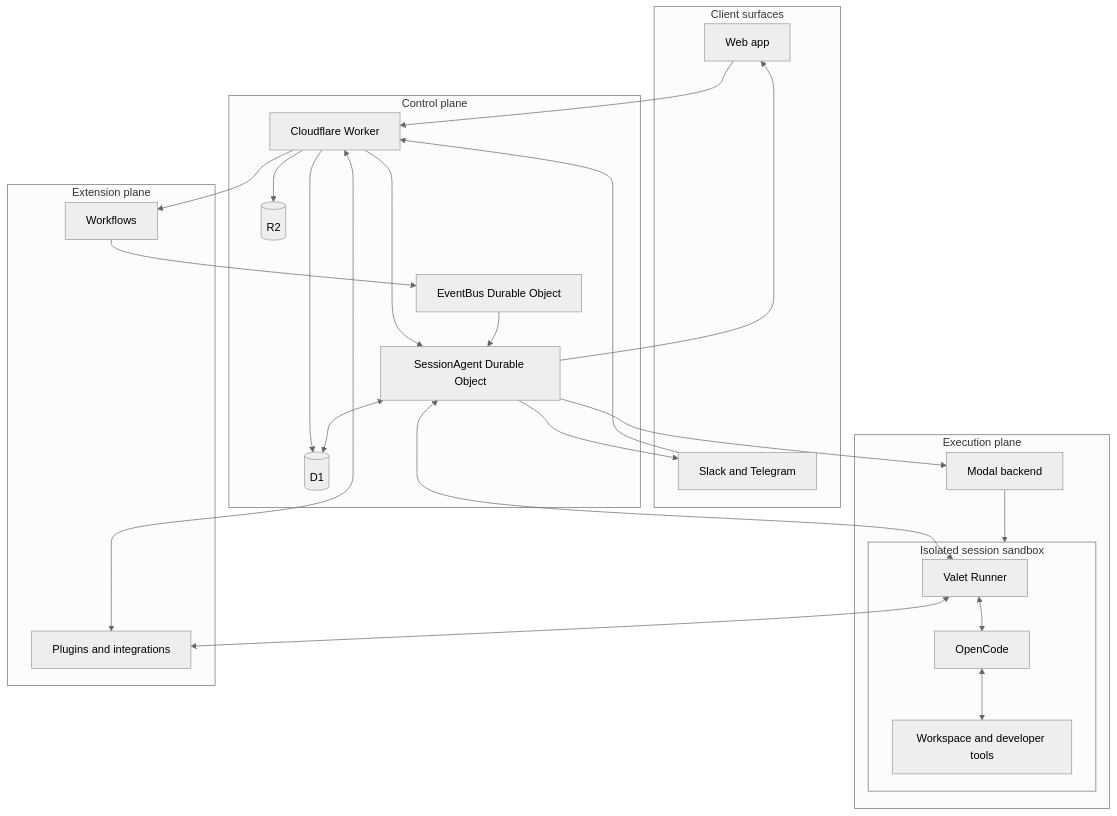
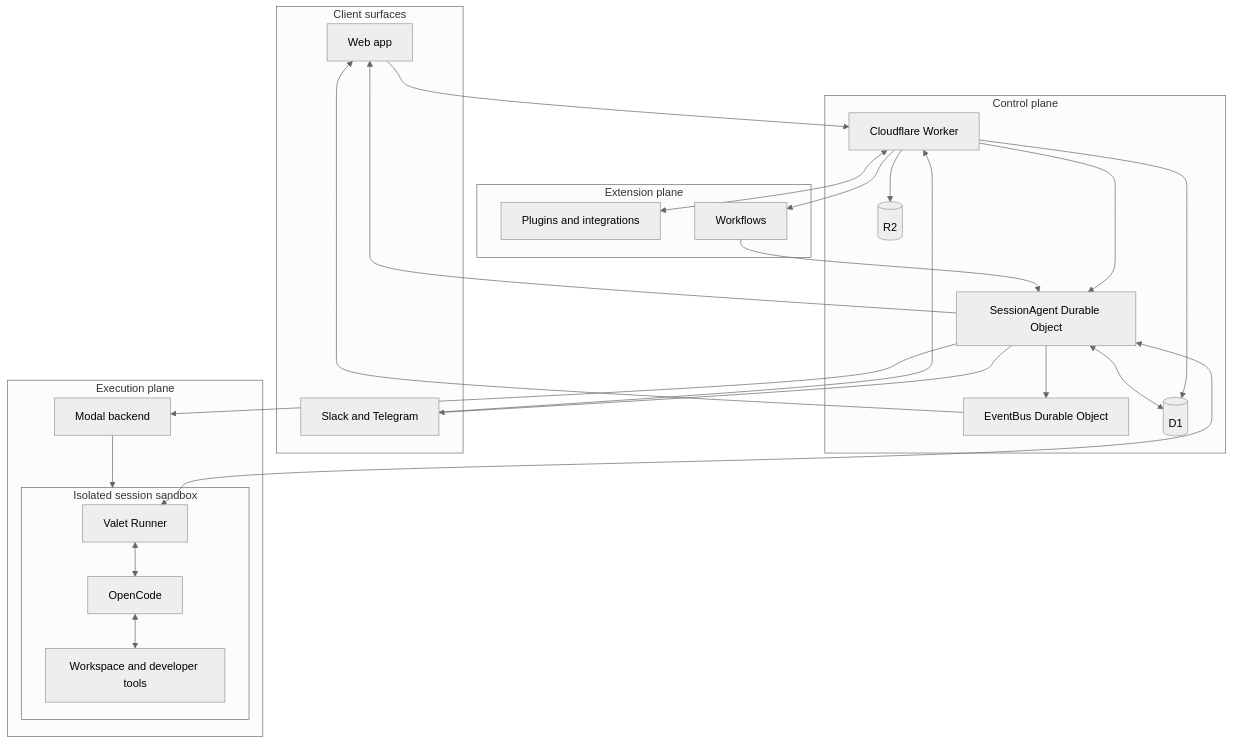
The diagram in docs/architecture.md (tkhq/valet), drawn with Mermaid (neutral theme) before and after one commit.

Commit message:
docs: correct architecture diagram flows

````diff
--- a/docs/architecture.md
+++ b/docs/architecture.md
@@ -10,48 +10,48 @@
 ```mermaid
 flowchart TB
     subgraph surfaces[Client surfaces]
         Web[Web app]
         Channels[Slack and Telegram]
     end
 
     subgraph control[Control plane]
         Worker[Cloudflare Worker]
         Session[SessionAgent Durable Object]
         Events[EventBus Durable Object]
         D1[(D1)]
         R2[(R2)]
     end
 
     subgraph execution[Execution plane]
         Modal[Modal backend]
         subgraph sandbox[Isolated session sandbox]
             Runner[Valet Runner]
             Agent[OpenCode]
             Workspace[Workspace and developer tools]
         end
     end
 
     subgraph extensions[Extension plane]
         Plugins[Plugins and integrations]
         Workflows[Workflows]
     end
 
     Web --> Worker
     Channels --> Worker
     Worker --> Session
     Worker --> D1
     Worker --> R2
     Worker <--> Plugins
     Worker --> Workflows
-    Workflows --> Events
-    Events --> Session
+    Workflows --> Session
     Session <--> D1
+    Session --> Events
+    Events --> Web
     Session --> Modal
     Modal --> sandbox
     Session <--> Runner
     Runner <--> Agent
     Agent <--> Workspace
-    Runner <--> Plugins
     Session --> Web
     Session --> Channels
 ```
````
